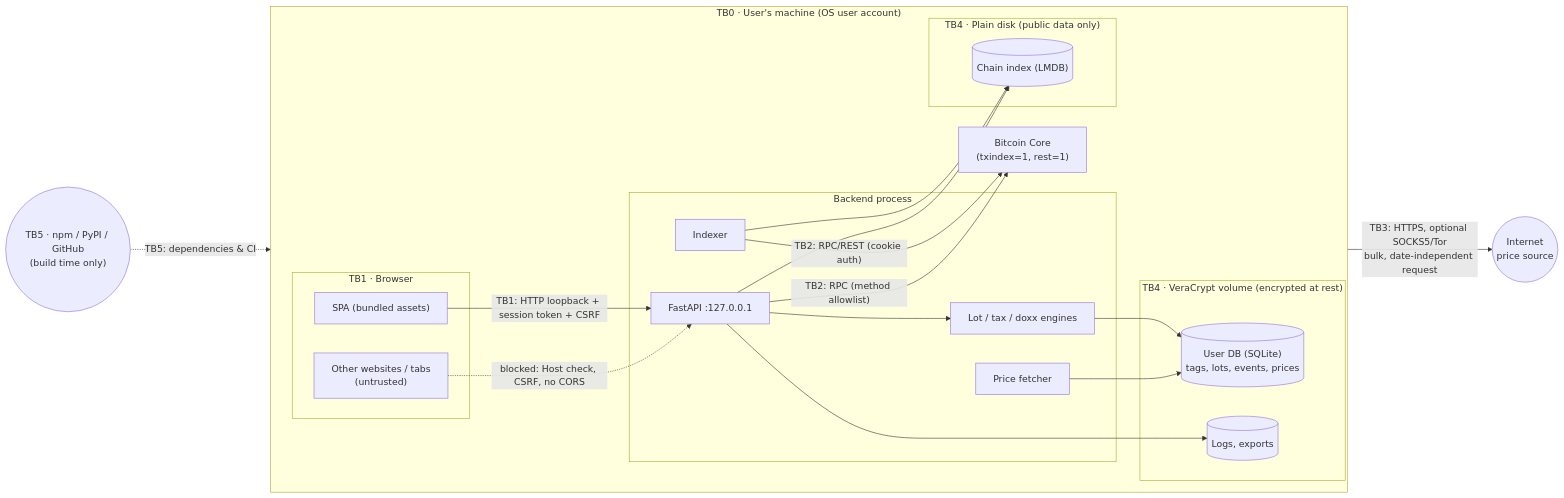
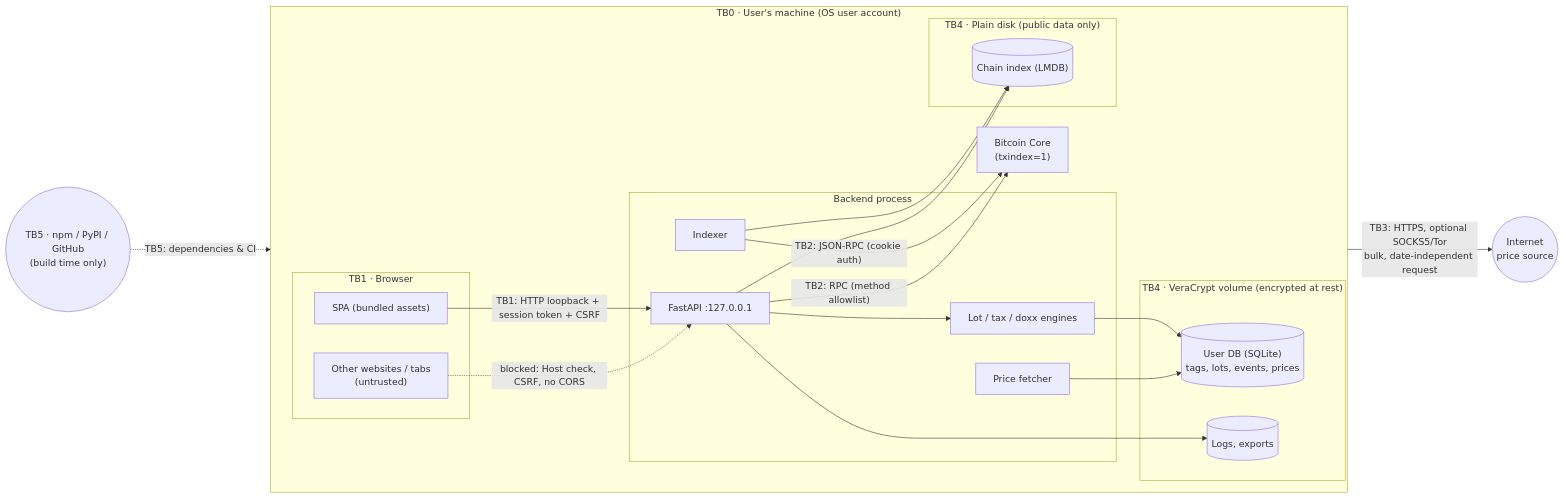
One commit to kristovatlas/coin-accounting changed the diagram in docs/THREAT_MODEL.md. Above: the diagram before and after it, drawn with Mermaid. The commit also changed other lines of this file, not shown here.

Commit message:
Threat model: node access via JSON-RPC only, no REST

````diff
--- a/docs/THREAT_MODEL.md
+++ b/docs/THREAT_MODEL.md
@@ -37,39 +37,39 @@
 ```mermaid
 flowchart LR
   subgraph TB0["TB0 · User's machine (OS user account)"]
     direction LR
     subgraph TB1["TB1 · Browser"]
       UI["SPA (bundled assets)"]
       OtherTabs["Other websites / tabs<br/>(untrusted)"]
     end
     subgraph APP["Backend process"]
       API["FastAPI :127.0.0.1"]
       IDX["Indexer"]
       TAX["Lot / tax / doxx engines"]
       PRC["Price fetcher"]
     end
     subgraph TB4V["TB4 · VeraCrypt volume (encrypted at rest)"]
       UDB[("User DB (SQLite)<br/>tags, lots, events, prices")]
       LOGS[("Logs, exports")]
     end
     subgraph TB4P["TB4 · Plain disk (public data only)"]
       CIDX[("Chain index (LMDB)")]
     end
-    NODE["Bitcoin Core<br/>(txindex=1, rest=1)"]
+    NODE["Bitcoin Core<br/>(txindex=1)"]
   end
   NET(("Internet<br/>price source"))
   SUPPLY(("TB5 · npm / PyPI / GitHub<br/>(build time only)"))
 
   UI -- "TB1: HTTP loopback + session token + CSRF" --> API
   OtherTabs -. "blocked: Host check, CSRF, no CORS" .-> API
   API --> TAX
   TAX --> UDB
   API --> LOGS
-  IDX -- "TB2: RPC/REST (cookie auth)" --> NODE
+  IDX -- "TB2: JSON-RPC (cookie auth)" --> NODE
   API -- "TB2: RPC (method allowlist)" --> NODE
   IDX --> CIDX
   API --> CIDX
   PRC -- "TB3: HTTPS, optional SOCKS5/Tor<br/>bulk, date-independent request" --> NET
   PRC --> UDB
   SUPPLY -. "TB5: dependencies & CI" .-> APP
 ```
````
